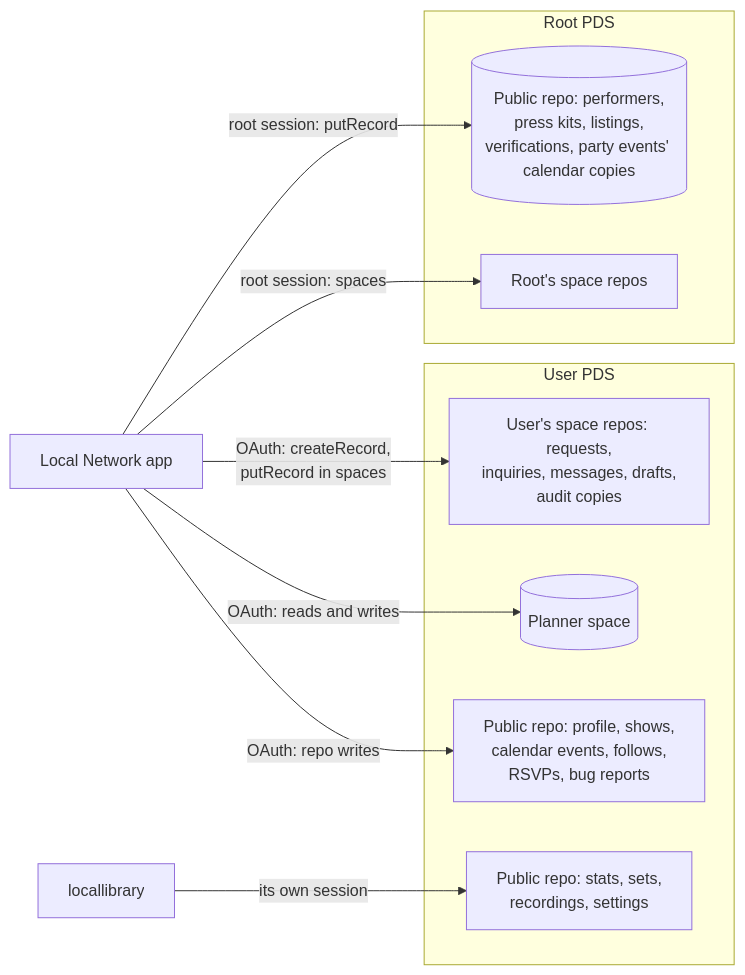
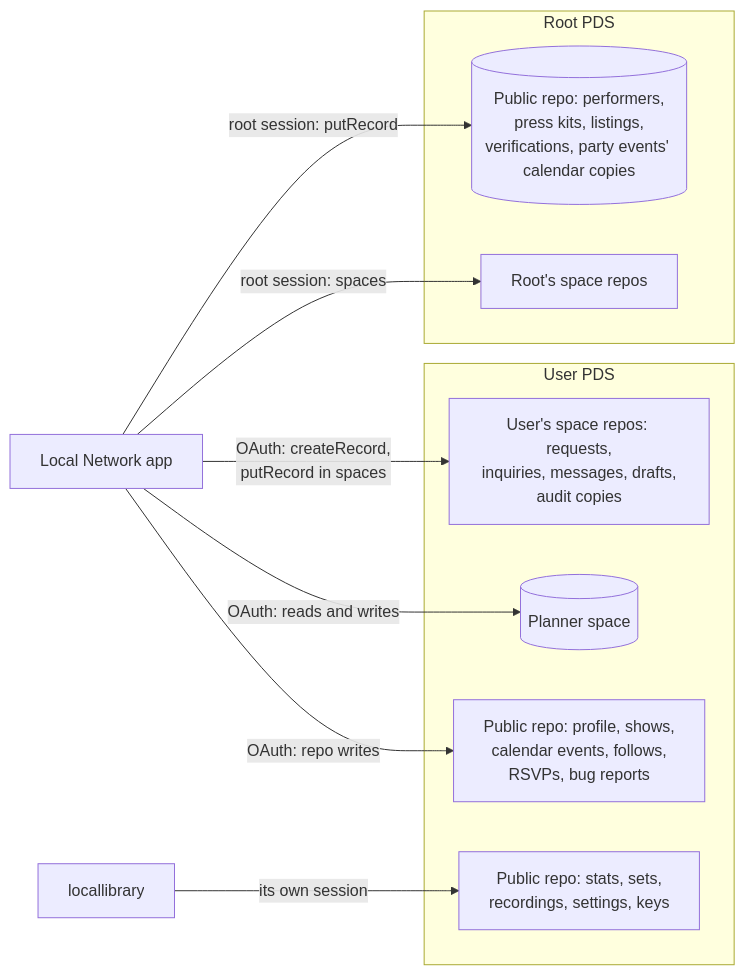
The first of 11 diagrams in apps/web/README.md (cutenode/localnetwork), drawn with Mermaid before and after one commit. The commit also changed other lines of this file and 235 other files, not shown here.

````diff
--- a/apps/web/README.md
+++ b/apps/web/README.md
@@ -154,21 +155,21 @@
 ```mermaid
 flowchart LR
   App["Local Network app"]
   Tool["locallibrary"]
   subgraph UserPds["User PDS"]
     UR["User's space repos: requests,<br/>inquiries, messages, drafts,<br/>audit copies"]
     PL[("Planner space")]
     UP["Public repo: profile, shows,<br/>calendar events, follows,<br/>RSVPs, bug reports"]
-    DJ["Public repo: stats, sets,<br/>recordings, settings"]
+    DJ["Public repo: stats, sets,<br/>recordings, settings, keys"]
   end
   subgraph RootPds["Root PDS"]
     PUB[("Public repo: performers,<br/>press kits, listings,<br/>verifications, party events' calendar copies")]
     RS["Root's space repos"]
   end
   App -- "OAuth: createRecord,<br/>putRecord in spaces" --> UR
   App -- "OAuth: reads and writes" --> PL
   App -- "OAuth: repo writes" --> UP
   App -- "root session: putRecord" --> PUB
   App -- "root session: spaces" --> RS
   Tool -- "its own session" --> DJ
 ```
````
